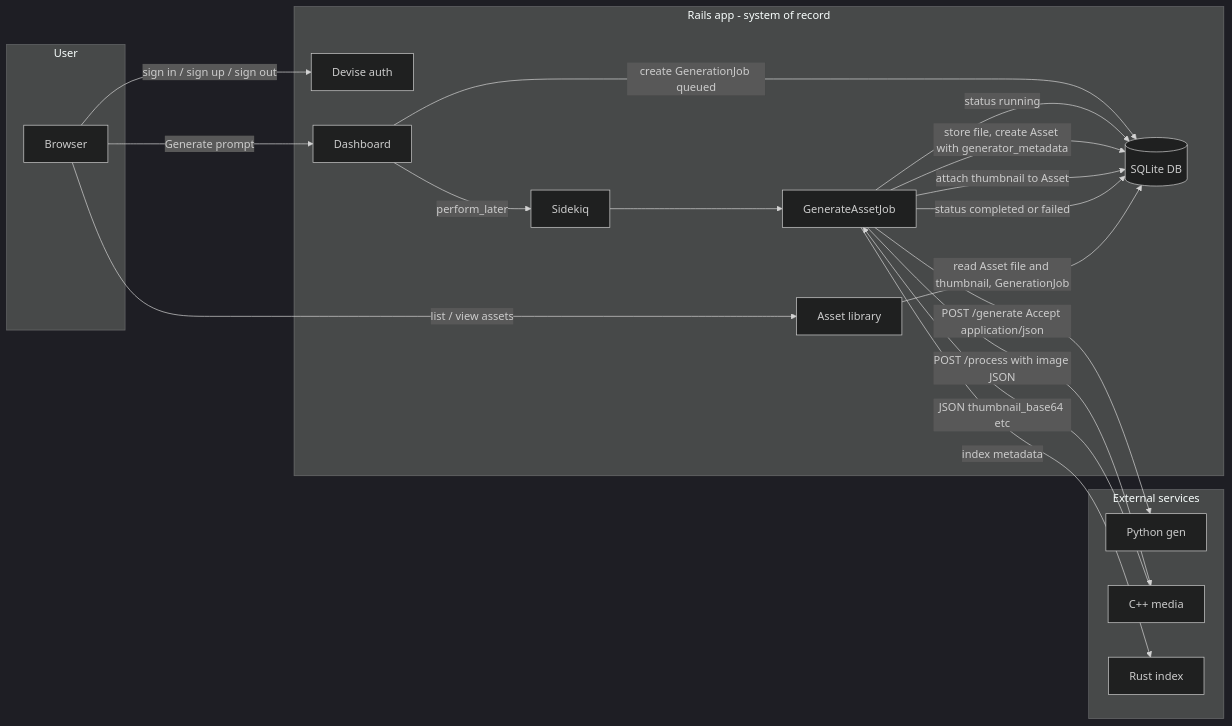
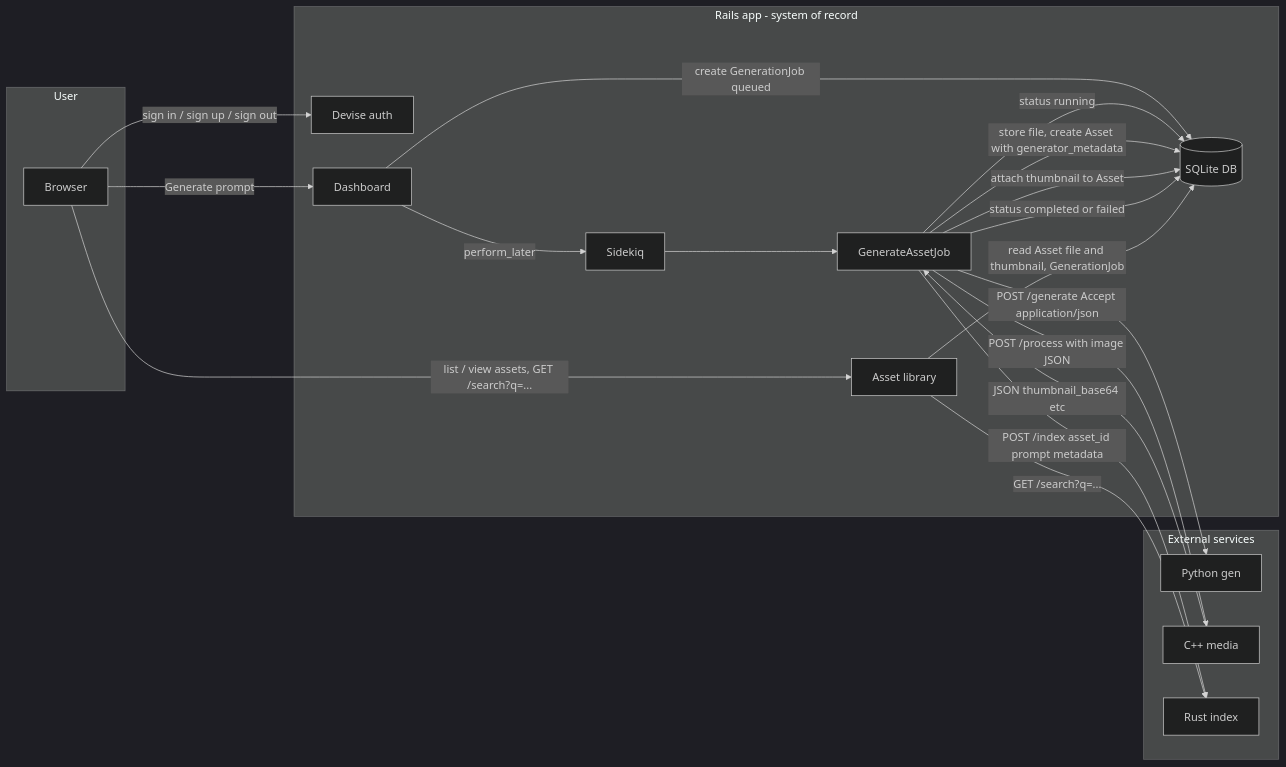
One commit to protektiq/forgeai changed the diagram in docs/data-flow.md. Above: the diagram before and after it, drawn with Mermaid (dark theme). The commit also changed other lines of this file and 10 other files, not shown here.

Commit message:
Rust indexing service (search)

````diff
--- a/docs/data-flow.md
+++ b/docs/data-flow.md
@@ -5,34 +5,35 @@
 ```mermaid
 flowchart LR
   subgraph users [User]
     Browser[Browser]
   end
   subgraph rails [Rails app - system of record]
     Auth[Devise auth]
     Dashboard[Dashboard]
     DB[(SQLite DB)]
     JobQueue[Sidekiq]
     Worker[GenerateAssetJob]
     Assets[Asset library]
   end
   subgraph external [External services]
     PythonGen[Python gen]
     CppMedia[C++ media]
     RustIndex[Rust index]
   end
   Browser -->|sign in / sign up / sign out| Auth
   Browser -->|"Generate" prompt| Dashboard
   Dashboard -->|create GenerationJob queued| DB
   Dashboard -->|perform_later| JobQueue
   JobQueue --> Worker
   Worker -->|status running| DB
   Worker -->|POST /generate Accept application/json| PythonGen
   Worker -->|store file, create Asset with generator_metadata| DB
   Worker -->|POST /process with image JSON| CppMedia
   CppMedia -->|JSON thumbnail_base64 etc| Worker
   Worker -->|attach thumbnail to Asset| DB
-  Worker -->|index metadata| RustIndex
+  Worker -->|POST /index asset_id prompt metadata| RustIndex
   Worker -->|status completed or failed| DB
-  Browser -->|list / view assets| Assets
+  Browser -->|list / view assets, GET /search?q=...| Assets
+  Assets -->|GET /search?q=...| RustIndex
   Assets -->|read Asset file and thumbnail, GenerationJob| DB
 ```
````
